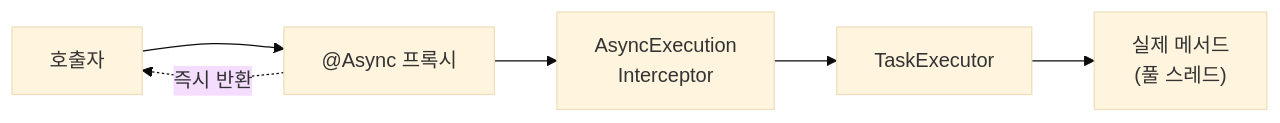
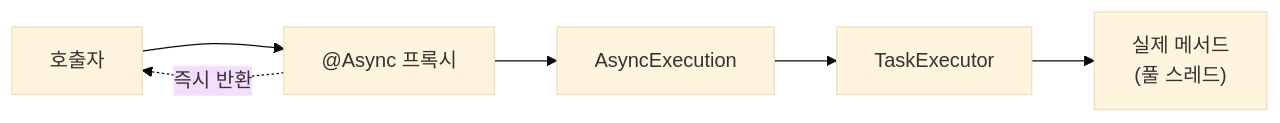
The first of 4 diagrams in _posts/spring/2026-05-01-spring-async.md (yjkim2015/yjkim2015.github.io), drawn with Mermaid (base theme) before and after one commit. The commit also changed other lines of this file and 245 other files, not shown here.

First line of the commit message:
Mermaid 다이어그램 전면 수정 + 면접 포인트 접기/펼치기 + DB 데드락 페이지

````diff
--- a/_posts/spring/2026-05-01-spring-async.md
+++ b/_posts/spring/2026-05-01-spring-async.md
@@ -75,8 +75,8 @@
 ```mermaid
 graph LR
     Caller["호출자"] --> Proxy["@Async 프록시"]
-    Proxy --> Interceptor["AsyncExecution\nInterceptor"]
+    Proxy --> Interceptor["AsyncExecution"]
     Interceptor --> Executor["TaskExecutor"]
     Executor --> RealMethod["실제 메서드\n(풀 스레드)"]
     Proxy -.->|"즉시 반환"| Caller
 ```
````
